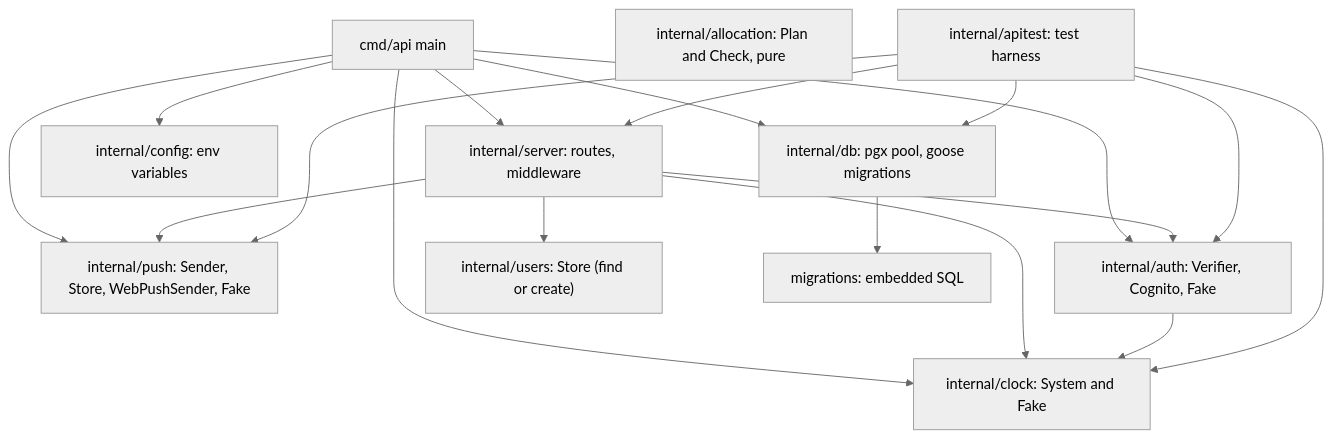
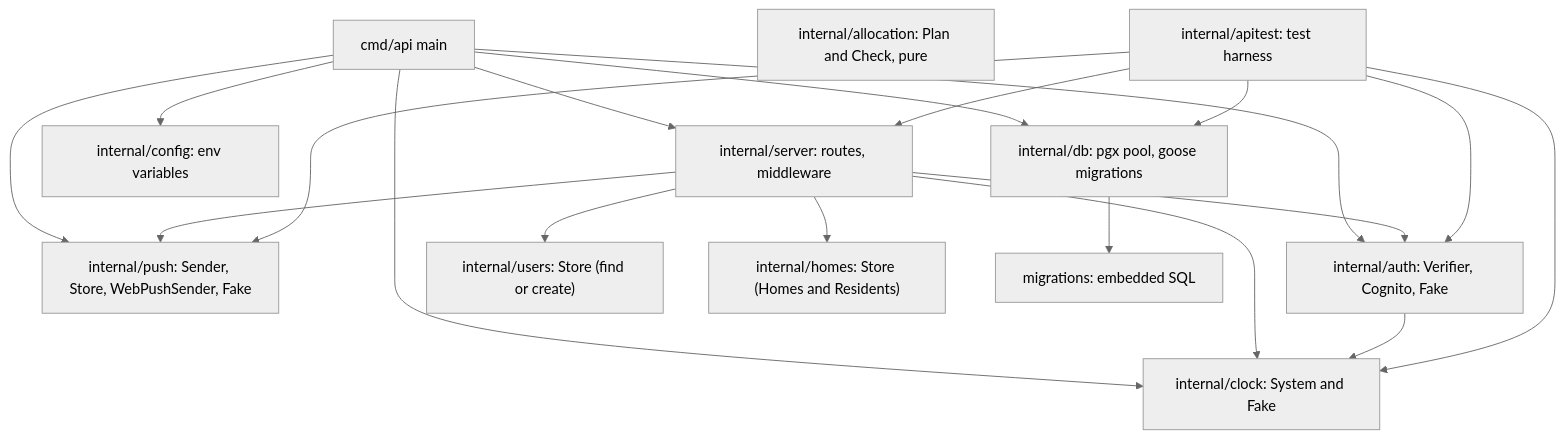
One commit to AbnerWillclefy/Homeowner changed the first of 3 diagrams in docs/architecture/backend.md. Above: the diagram before and after it, drawn with Mermaid (neutral theme). The commit also changed other lines of this file and 1 other file, not shown here.

Commit message:
docs(architecture): describe homes, residents and the Home routes

````diff
--- a/docs/architecture/backend.md
+++ b/docs/architecture/backend.md
@@ -16,32 +16,34 @@
 ```mermaid
 flowchart TD
     main["cmd/api main"]
     server["internal/server: routes, middleware"]
     config["internal/config: env variables"]
     db["internal/db: pgx pool, goose migrations"]
     clock["internal/clock: System and Fake"]
     push["internal/push: Sender, Store, WebPushSender, Fake"]
     auth["internal/auth: Verifier, Cognito, Fake"]
     users["internal/users: Store (find or create)"]
+    homes["internal/homes: Store (Homes and Residents)"]
     mig["migrations: embedded SQL"]
     alloc["internal/allocation: Plan and Check, pure"]
     apitest["internal/apitest: test harness"]
 
     main --> config
     main --> db
     main --> server
     main --> clock
     main --> push
     main --> auth
     server --> clock
     server --> push
     server --> auth
     server --> users
+    server --> homes
     auth --> clock
     apitest --> push
     apitest --> auth
     db --> mig
     apitest --> server
     apitest --> db
     apitest --> clock
 ```
````
